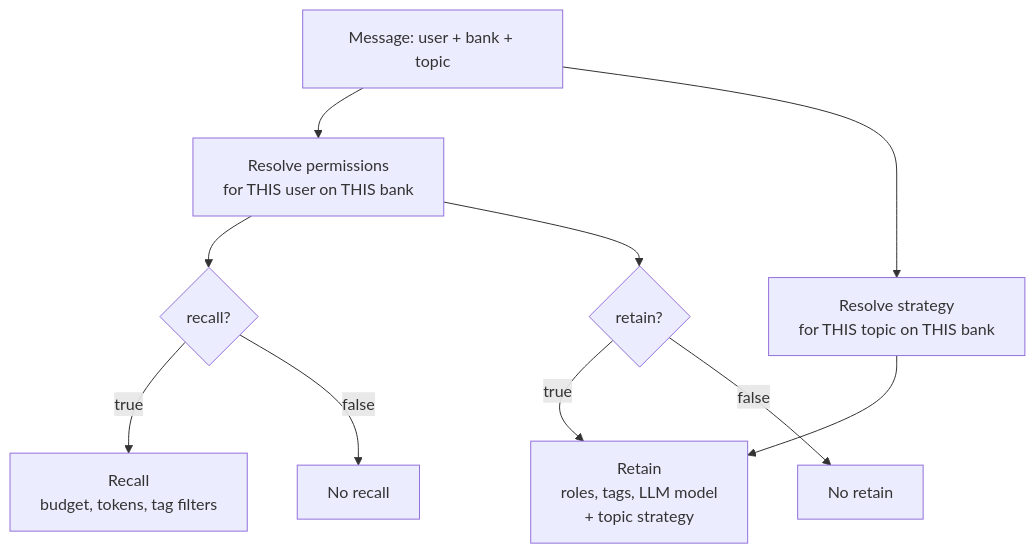
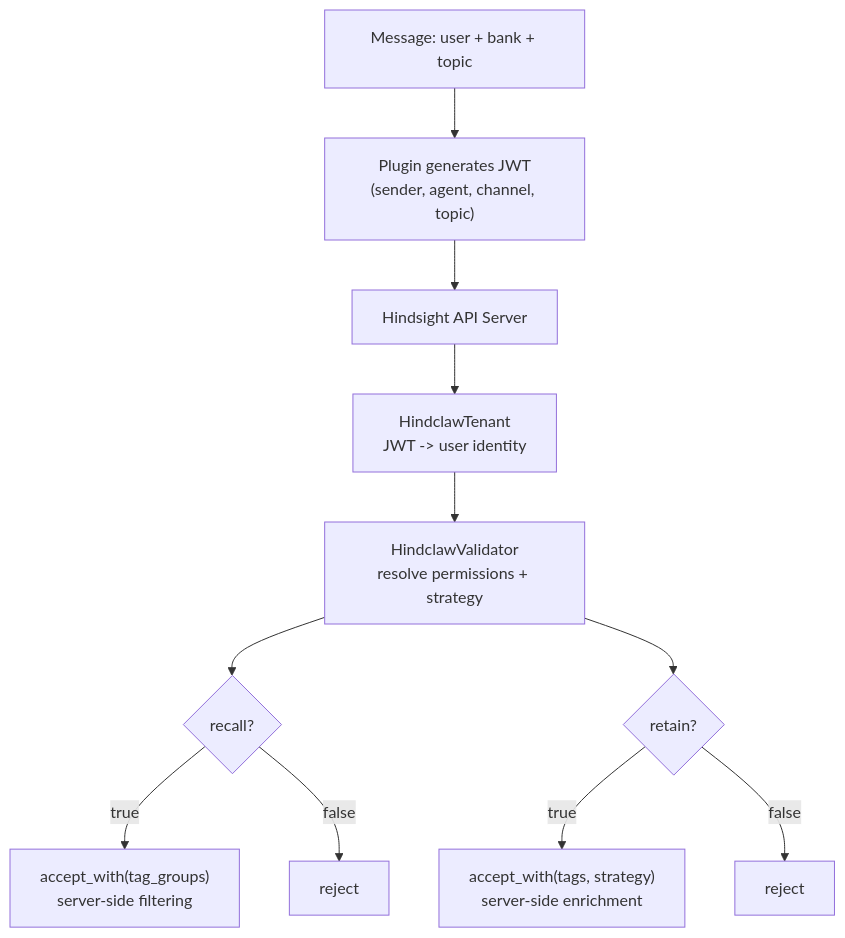
The diagram in hindclaw-docs/docs/intro.md (mrkhachaturov/hindsight-openclaw-pro), drawn with Mermaid before and after one commit. The commit also changed other lines of this file and 19 other files, not shown here.

First line of the commit message:
docs: full site overhaul with brand theme, server-side architecture, new landing page

````diff
--- a/hindclaw-docs/docs/intro.md
+++ b/hindclaw-docs/docs/intro.md
@@ -19,12 +19,13 @@
 ```mermaid
 graph TD
-    MSG["Message: user + bank + topic"] --> PERM["Resolve permissions\nfor THIS user on THIS bank"]
-    MSG --> STRAT["Resolve strategy\nfor THIS topic on THIS bank"]
-    PERM --> R{"recall?"}
-    PERM --> W{"retain?"}
-    R -->|true| RECALL["Recall\nbudget, tokens, tag filters"]
-    R -->|false| NO_R["No recall"]
-    W -->|true| RETAIN["Retain\nroles, tags, LLM model\n+ topic strategy"]
-    W -->|false| NO_W["No retain"]
-    STRAT --> RETAIN
+    MSG["Message: user + bank + topic"] --> PLUGIN["Plugin generates JWT\n(sender, agent, channel, topic)"]
+    PLUGIN --> SERVER["Hindsight API Server"]
+    SERVER --> TENANT["HindclawTenant\nJWT -> user identity"]
+    TENANT --> VALIDATOR["HindclawValidator\nresolve permissions + strategy"]
+    VALIDATOR --> R{"recall?"}
+    VALIDATOR --> W{"retain?"}
+    R -->|true| RECALL["accept_with(tag_groups)\nserver-side filtering"]
+    R -->|false| NO_R["reject"]
+    W -->|true| RETAIN["accept_with(tags, strategy)\nserver-side enrichment"]
+    W -->|false| NO_W["reject"]
 ```
````
